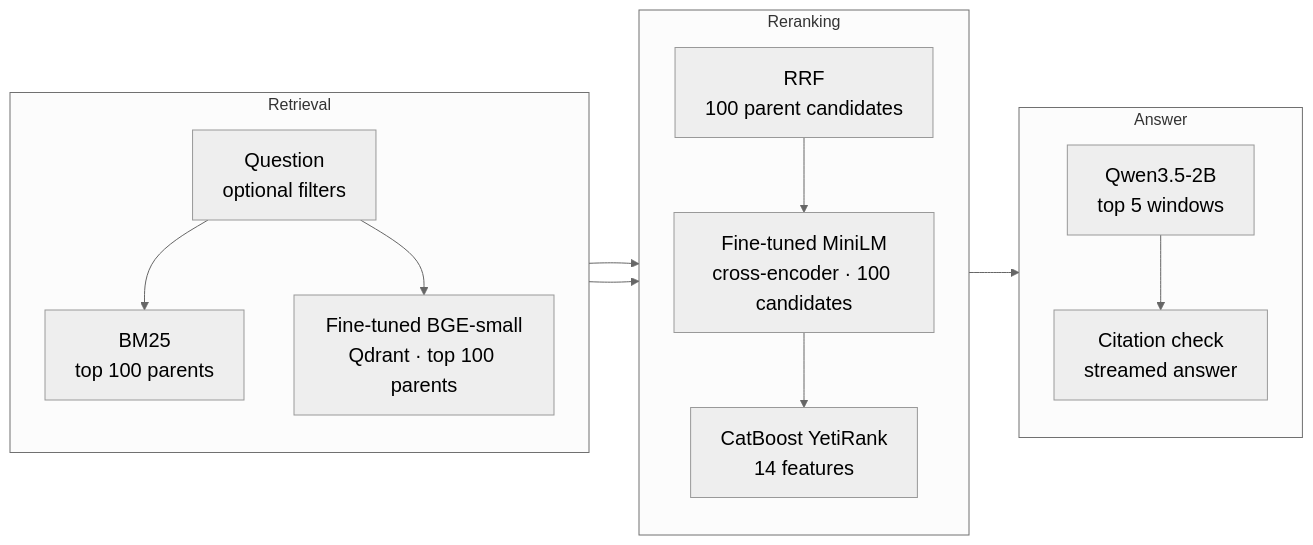
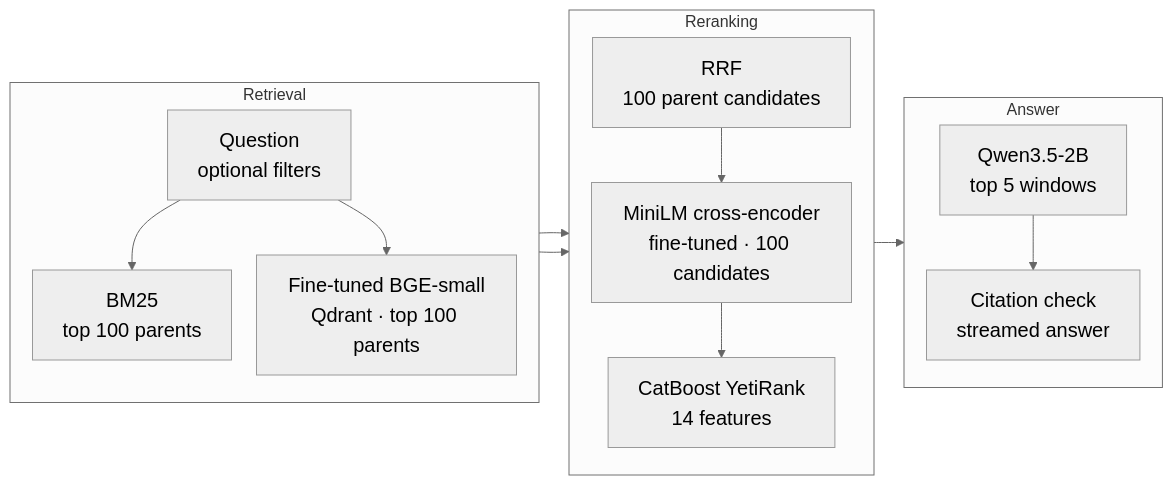
The diagram in README.md (flaretensor/ledgerlight), drawn with Mermaid (neutral theme) before and after one commit.

Commit message:
style(readme): compact pipeline diagram labels and spacing

````diff
--- a/README.md
+++ b/README.md
@@ -11,31 +11,33 @@
 ```mermaid
+%%{init: {"flowchart": {"nodeSpacing": 25, "rankSpacing": 30}}}%%
 flowchart LR
     classDef default font-size:20px;
+
     subgraph RET["Retrieval"]
         direction TB
         Q["Question<br/>optional filters"]
         B["BM25<br/>top 100 parents"]
         D["Fine-tuned BGE-small<br/>Qdrant · top 100 parents"]
         Q --> B
         Q --> D
     end
 
     subgraph RANK["Reranking"]
         direction TB
         R["RRF<br/>100 parent candidates"]
-        C["Fine-tuned MiniLM<br/>cross-encoder · 100 candidates"]
+        C["MiniLM cross-encoder<br/>fine-tuned · 100 candidates"]
         L["CatBoost YetiRank<br/>14 features"]
         R --> C --> L
     end
 
     subgraph ANS["Answer"]
         direction TB
         G["Qwen3.5-2B<br/>top 5 windows"]
         V["Citation check<br/>streamed answer"]
         G --> V
     end
 
     B --> R
     D --> R
     L --> G
 ```
````
